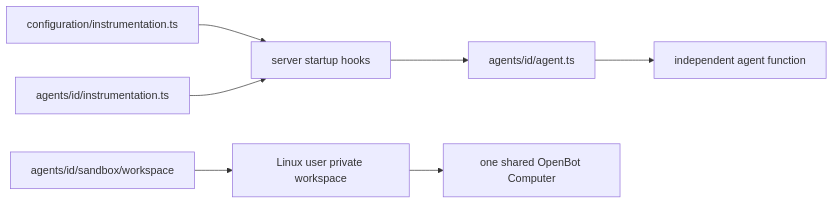
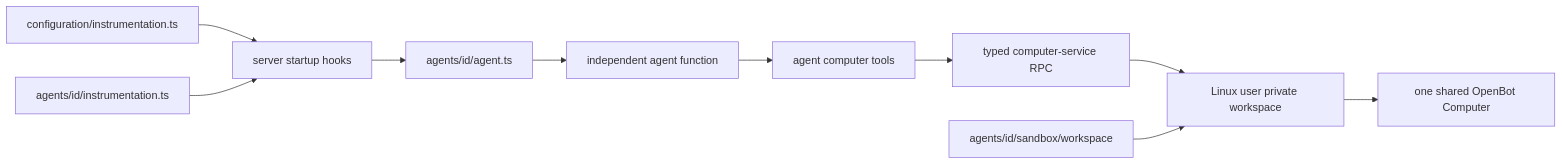
One commit to trytilde/dispatch changed the diagram in docs/adrs/0011-eve-compatible-agent-layout.md. Above: the diagram before and after it, drawn with Mermaid. The commit also changed other lines of this file and 42 other files, not shown here.

First line of the commit message:
feat(computer)!: route agent tools via host

````diff
--- a/docs/adrs/0011-eve-compatible-agent-layout.md
+++ b/docs/adrs/0011-eve-compatible-agent-layout.md
@@ -44,9 +50,12 @@
 ```mermaid
 flowchart LR
-  C["configuration/instrumentation.ts"] --> H["server startup hooks"]
+  G["configuration/instrumentation.ts"] --> H["server startup hooks"]
   A["agents/id/instrumentation.ts"] --> H
   H --> E["agents/id/agent.ts"]
   E --> F["independent agent function"]
+  F --> T["agent computer tools"]
+  T --> C["typed computer-service RPC"]
+  C --> U
   W["agents/id/sandbox/workspace"] --> U["Linux user private workspace"]
   U --> S["one shared OpenBot Computer"]
 ```
````
